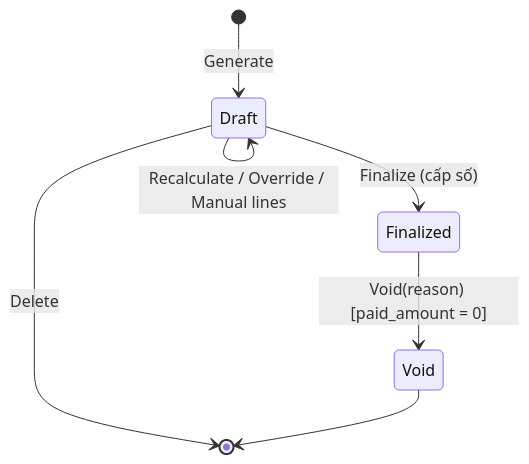
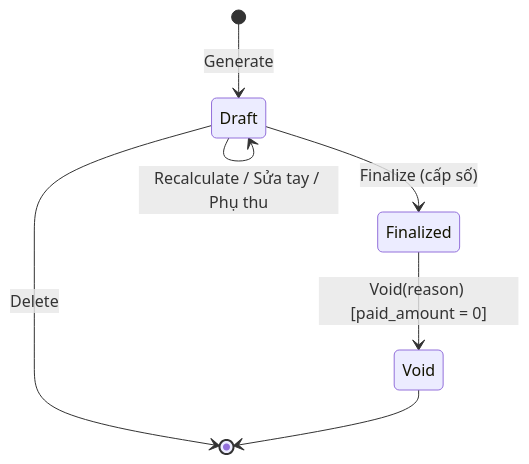
One commit to manhcuong922/renting-room changed the diagram in docs/plans/07-billing.md. Above: the diagram before and after it, drawn with Mermaid. The commit also changed other lines of this file and 123 other files, not shown here.

````diff
--- a/docs/plans/07-billing.md
+++ b/docs/plans/07-billing.md
@@ -81,9 +105,9 @@
 ```mermaid
 stateDiagram-v2
   [*] --> Draft : Generate
-  Draft --> Draft : Recalculate / Override / Manual lines
+  Draft --> Draft : Recalculate / Sửa tay / Phụ thu
   Draft --> [*] : Delete
   Draft --> Finalized : Finalize (cấp số)
   Finalized --> Void : Void(reason) [paid_amount = 0]
   Void --> [*]
 ```
````
